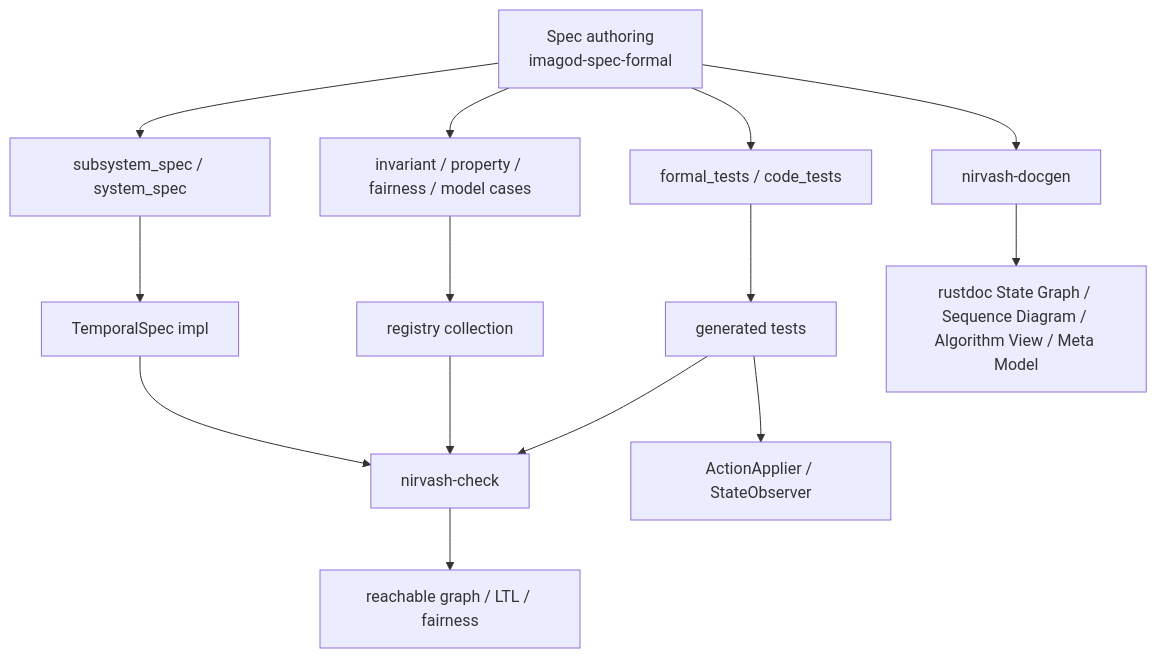
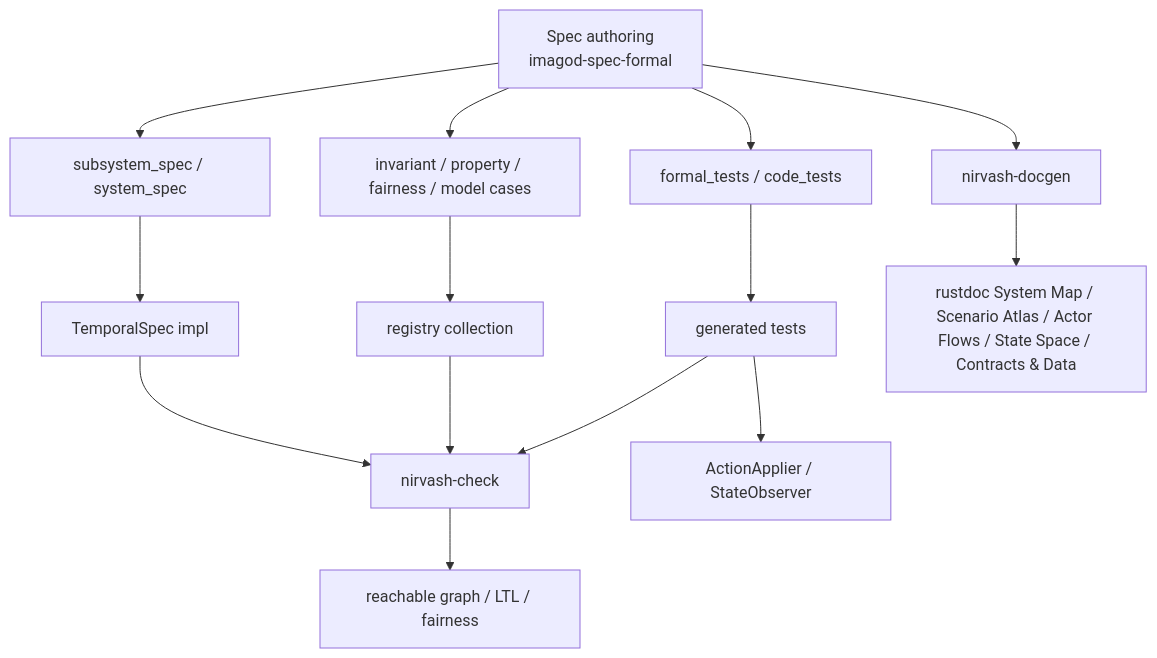
The second of 5 diagrams in docs/nirvash-and-imagod-control.md (yieldspace/imago), drawn with Mermaid before and after one commit. The commit also changed other lines of this file and 8 other files, not shown here.

````diff
--- a/docs/nirvash-and-imagod-control.md
+++ b/docs/nirvash-and-imagod-control.md
@@ -59,16 +59,16 @@
 ```mermaid
 flowchart TD
     A["Spec authoring<br/>imagod-spec-formal"] --> B["subsystem_spec / system_spec"]
     A --> C["invariant / property / fairness / model cases"]
     A --> D["formal_tests / code_tests"]
     B --> E["TemporalSpec impl"]
     C --> F["registry collection"]
     D --> G["generated tests"]
     E --> H["nirvash-check"]
     F --> H
     G --> H
     G --> I["ActionApplier / StateObserver"]
     H --> J["reachable graph / LTL / fairness"]
     A --> K["nirvash-docgen"]
-    K --> L["rustdoc State Graph / Sequence Diagram / Algorithm View / Meta Model"]
+    K --> L["rustdoc System Map / Scenario Atlas / Actor Flows / State Space / Contracts & Data"]
 ```
````
